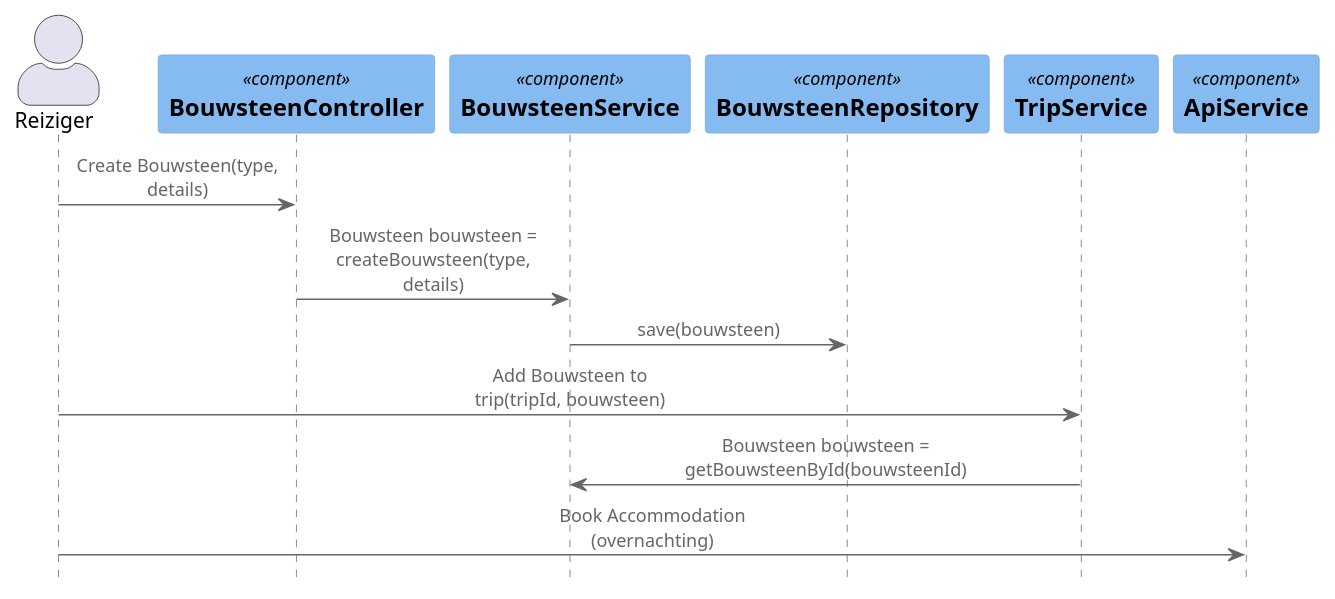
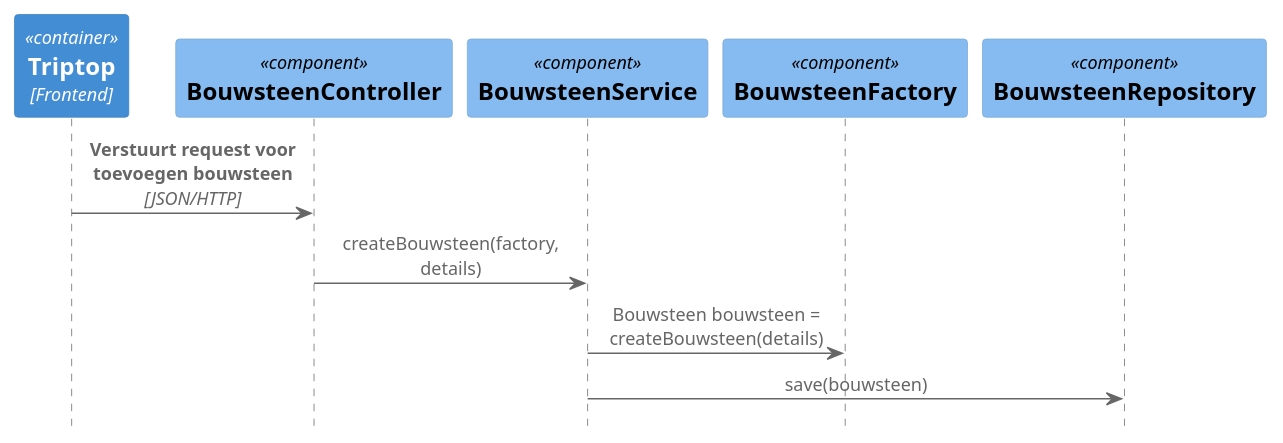
Before and after one commit to AIM-ENE-feb25/triptop-dravende-dikdiks: the diagram in Bartu/Onderzoek/dynamicDiagramOnderzoek.puml, drawn with PlantUML. The commit also changed 1 other file, not shown here.

```diff
--- a/Bartu/Onderzoek/dynamicDiagramOnderzoek.puml
+++ b/Bartu/Onderzoek/dynamicDiagramOnderzoek.puml
@@ -1,21 +1,14 @@
 @startuml
 !include https://raw.githubusercontent.com/plantuml-stdlib/C4-PlantUML/master/C4_Sequence.puml
 
-actor Reiziger
+Container(Triptop, "Triptop", "Frontend")
+Component(BouwsteenController, "BouwsteenController", "", "Beheert bouwstenen")
+Component(BouwsteenService, "BouwsteenService", "", "Behandelt bouwsteen logica")
+Component(BouwsteenFactory, "BouwsteenFactory", "", "Creëert Bouwsteen objecten")
+Component(BouwsteenRepository, "BouwsteenRepository", "", "Slaat bouwstenen op")
 
-Component(BouwsteenController, "BouwsteenController", "", "Beheert bouwstenen")
-Component(BouwsteenService, "BouwsteenService","", "Behandelt bouwsteen logica")
-Component(BouwsteenRepository, "BouwsteenRepository","", "Slaat bouwstenen op")
-Component(TripService, "TripService","", "Beheert trip gerelateerde bouwstenen")
-Component(ApiService, "ApiService","", "Boekt overnachtingen en vervoer")
-
-Reiziger -> BouwsteenController : Create Bouwsteen(type, details)
-BouwsteenController -> BouwsteenService : Bouwsteen bouwsteen = createBouwsteen(type, details)
+Rel(Triptop, BouwsteenController, "Verstuurt request voor toevoegen bouwsteen", "JSON/HTTP")
+BouwsteenController -> BouwsteenService : createBouwsteen(factory, details)
+BouwsteenService -> BouwsteenFactory : Bouwsteen bouwsteen = createBouwsteen(details)
 BouwsteenService -> BouwsteenRepository : save(bouwsteen)
-
-Reiziger -> TripService : Add Bouwsteen to trip(tripId, bouwsteen)
-TripService -> BouwsteenService : Bouwsteen bouwsteen = getBouwsteenById(bouwsteenId)
-
-Reiziger -> ApiService : Book Accommodation (overnachting)
-
 @enduml
```
